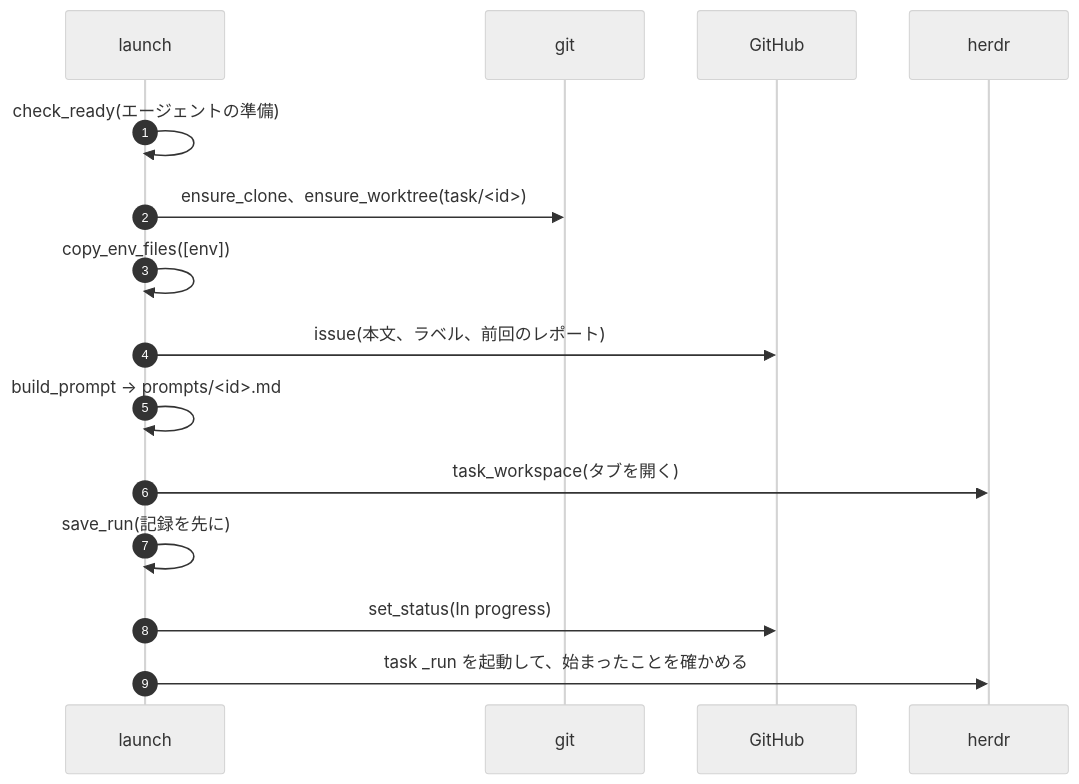
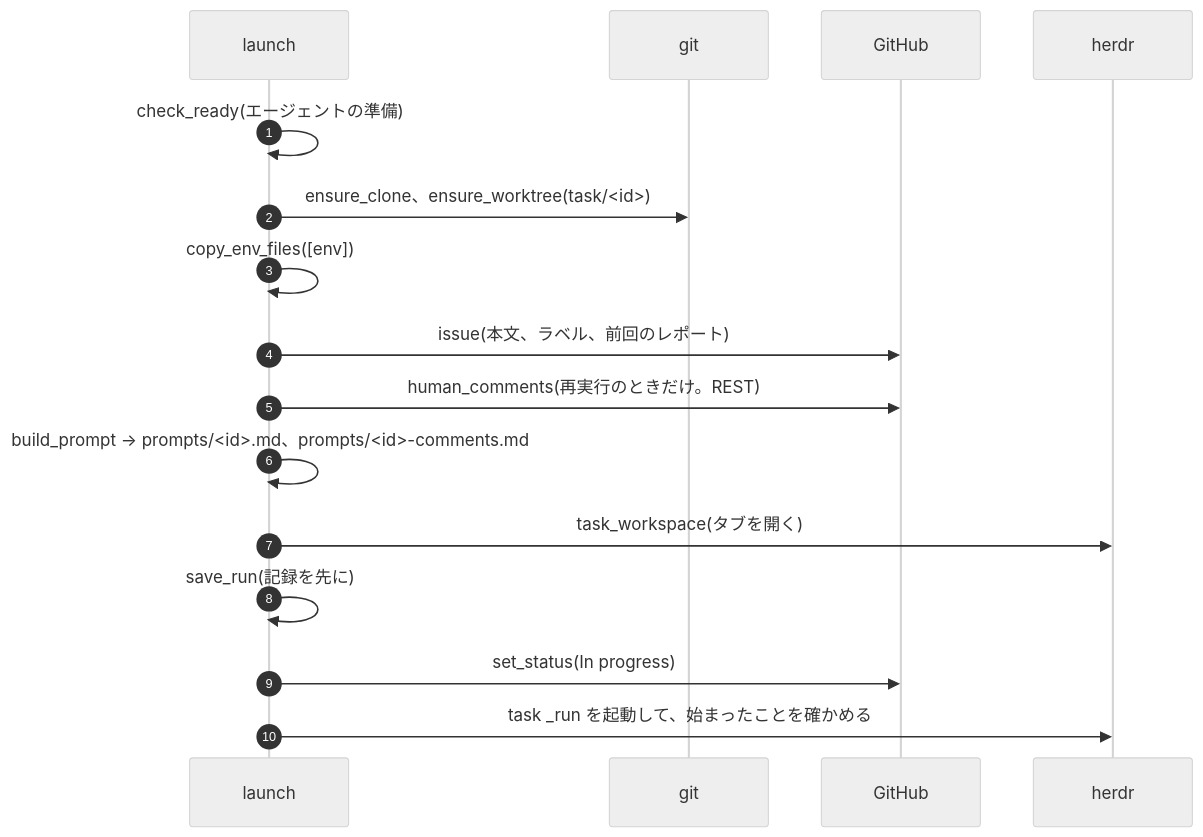
The fifth of 8 diagrams in docs/architecture/lld.md (dip-ka-jo/task-hub-1), drawn with Mermaid (neutral theme) before and after one commit. The commit also changed other lines of this file and 11 other files, not shown here.

````diff
--- a/docs/architecture/lld.md
+++ b/docs/architecture/lld.md
@@ -192,17 +192,18 @@
 ```mermaid
 sequenceDiagram
     autonumber
     participant L as launch
     participant G as git
     participant GH as GitHub
     participant H as herdr
     L->>L: check_ready(エージェントの準備)
     L->>G: ensure_clone、ensure_worktree(task/<id>)
     L->>L: copy_env_files([env])
     L->>GH: issue(本文、ラベル、前回のレポート)
-    L->>L: build_prompt → prompts/<id>.md
+    L->>GH: human_comments(再実行のときだけ。REST)
+    L->>L: build_prompt → prompts/<id>.md、prompts/<id>-comments.md
     L->>H: task_workspace(タブを開く)
     L->>L: save_run(記録を先に)
     L->>GH: set_status(In progress)
     L->>H: task _run を起動して、始まったことを確かめる
 ```
````
